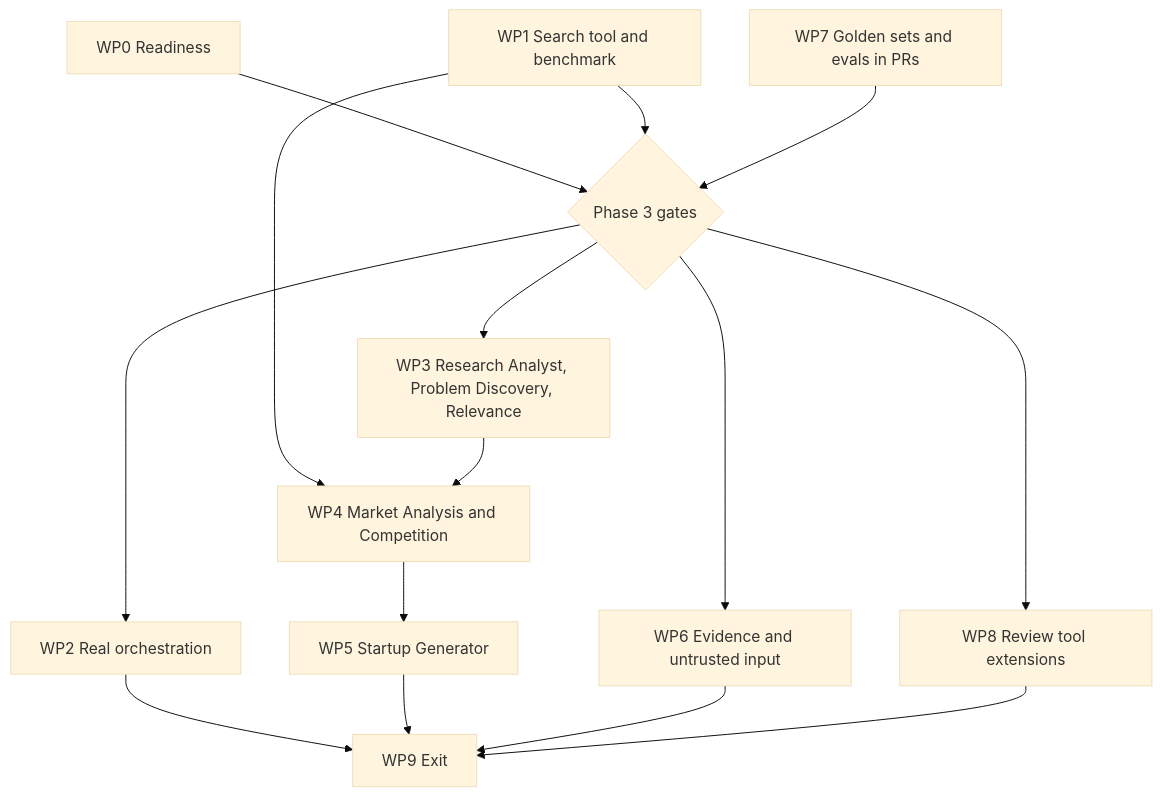
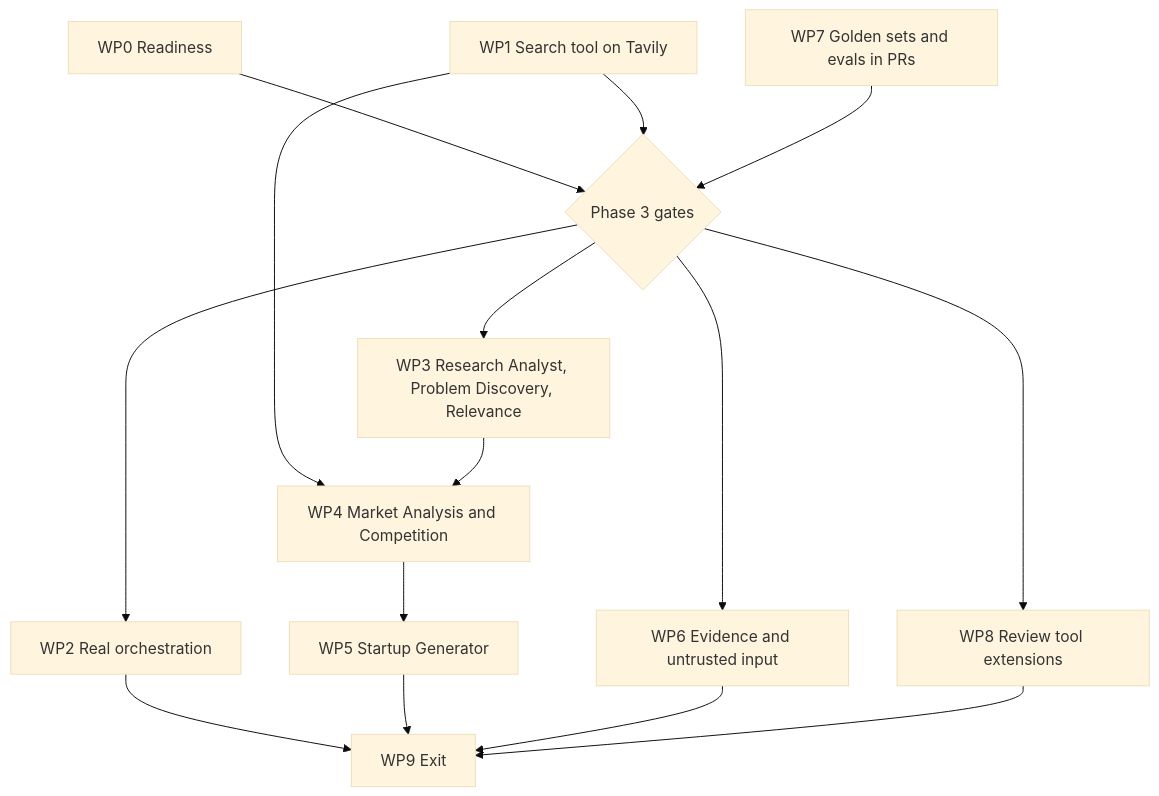
Before and after one commit to SolarnodeCC/didactic-octo-barnacle: the diagram in docs/kt/phase-3/dependencies.md, drawn with Mermaid (base theme). The commit also changed other lines of this file and 29 other files, not shown here.

````diff
--- a/docs/kt/phase-3/dependencies.md
+++ b/docs/kt/phase-3/dependencies.md
@@ -27,17 +27,17 @@
 ```mermaid
 flowchart TD
   WP0[WP0 Readiness] --> G{Phase 3 gates}
-  WP1[WP1 Search tool and benchmark] --> G
+  WP1[WP1 Search tool on Tavily] --> G
   WP7[WP7 Golden sets and evals in PRs] --> G
   G --> WP2[WP2 Real orchestration]
   G --> WP3[WP3 Research Analyst, Problem Discovery, Relevance]
   G --> WP6[WP6 Evidence and untrusted input]
   G --> WP8[WP8 Review tool extensions]
   WP1 --> WP4[WP4 Market Analysis and Competition]
   WP3 --> WP4
   WP4 --> WP5[WP5 Startup Generator]
   WP2 --> WP9[WP9 Exit]
   WP5 --> WP9
   WP6 --> WP9
   WP8 --> WP9
 ```
````
